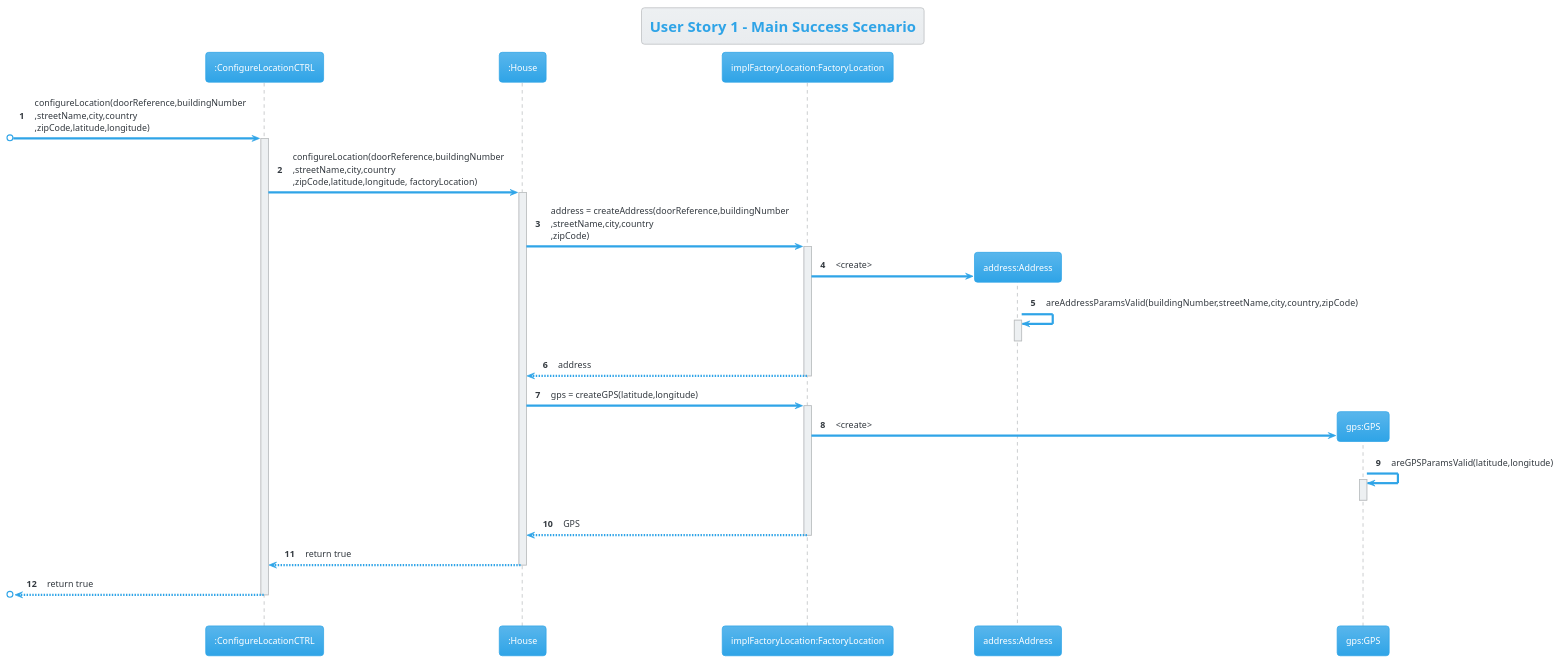
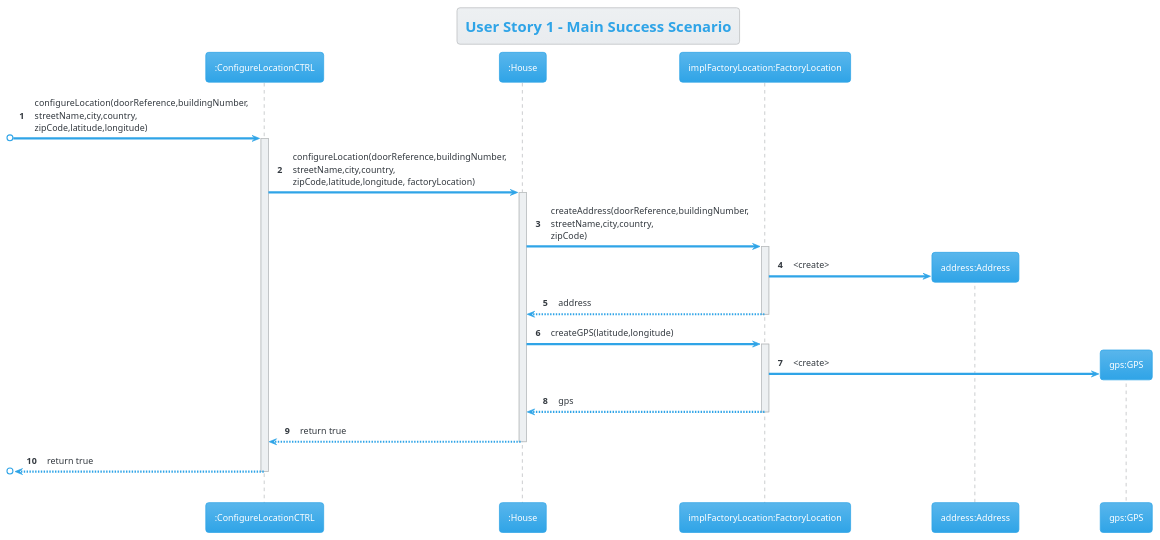
The diagram in Docs/US01/S3US01SequenceDiagram.puml (AfonsoNeves77/smartHouse), drawn with PlantUML before and after one commit. The commit also changed 3 other files, not shown here.

Commit message:
Team review (Minor corrections to class and sequence diagrams) (US1,US2,US5V2)

```diff
--- a/Docs/US01/S3US01SequenceDiagram.puml
+++ b/Docs/US01/S3US01SequenceDiagram.puml
@@ -1,60 +1,55 @@
 @startuml
 !theme cerulean
 autonumber
 
 title User Story 1 - Main Success Scenario
 
 participant ":ConfigureLocationCTRL" as C
 participant ":House" as H
 participant "implFactoryLocation:FactoryLocation" as F
 participant "address:Address" as A
 participant "gps:GPS" as G
 
 
 skinparam ParticipantPadding 50
 
 
 
 
-[o-> C : configureLocation(doorReference,buildingNumber \n,streetName,city,country \n,zipCode,latitude,longitude)
+[o-> C : configureLocation(doorReference,buildingNumber,\nstreetName,city,country,\nzipCode,latitude,longitude)
 activate C
 
-C -> H : configureLocation(doorReference,buildingNumber \n,streetName,city,country \n,zipCode,latitude,longitude, factoryLocation)
+C -> H : configureLocation(doorReference,buildingNumber,\nstreetName,city,country,\nzipCode,latitude,longitude, factoryLocation)
 activate H
 
-H -> F : address = createAddress(doorReference,buildingNumber \n,streetName,city,country \n,zipCode)
+H -> F : createAddress(doorReference,buildingNumber,\nstreetName,city,country,\nzipCode)
 activate F
 
 
 
 
 F -> A** : <create>
 
-A -> A : areAddressParamsValid(buildingNumber,streetName,city,country,zipCode)
-activate A
-deactivate A
 F --> H : address
 
 
 
 deactivate F
 
-H -> F : gps = createGPS(latitude,longitude)
+H -> F : createGPS(latitude,longitude)
 
 activate F
 F -> G** : <create>
 
-G -> G : areGPSParamsValid(latitude,longitude)
-activate G
-deactivate G
-F --> H : GPS
+
+F --> H : gps
 deactivate F
 
 H --> C : return true
 deactivate H
 
 [o<-- C : return true
 deactivate C
 
 |||
 @endumll
```
